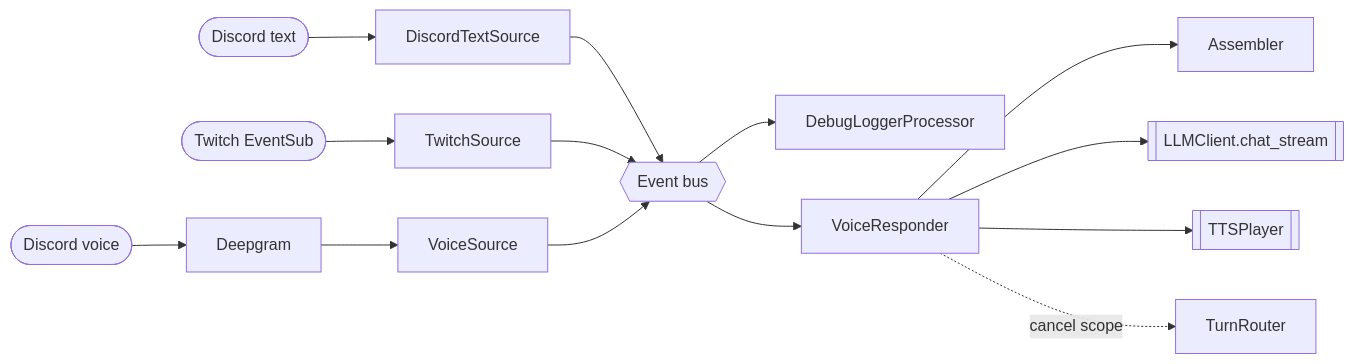
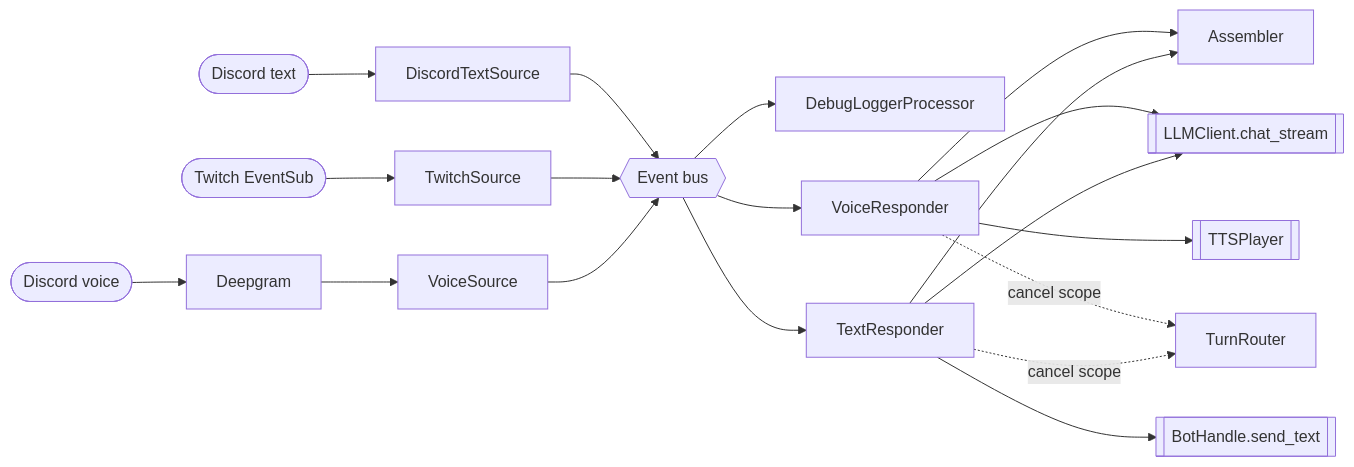
Before and after one commit to CorVous/Familiar-Connect: the diagram in docs/architecture/overview.md, drawn with Mermaid. The commit also changed other lines of this file and 11 other files, not shown here.

````diff
--- a/docs/architecture/overview.md
+++ b/docs/architecture/overview.md
@@ -11,20 +11,26 @@
 ```mermaid
 flowchart LR
     dt([Discord text])     --> dts[DiscordTextSource]
     dv([Discord voice])    --> deepg[Deepgram]
     tw([Twitch EventSub])  --> tws[TwitchSource]
 
     deepg --> vs[VoiceSource]
 
     dts --> bus{{Event bus}}
     tws --> bus
     vs --> bus
 
     bus --> dbg[DebugLoggerProcessor]
     bus --> vr[VoiceResponder]
+    bus --> tr[TextResponder]
 
     vr --> asm[Assembler]
     vr --> llm[[LLMClient.chat_stream]]
     vr --> tts[[TTSPlayer]]
     vr -.cancel scope.-> rr[TurnRouter]
+
+    tr --> asm
+    tr --> llm
+    tr --> send[[BotHandle.send_text]]
+    tr -.cancel scope.-> rr
 ```
````
